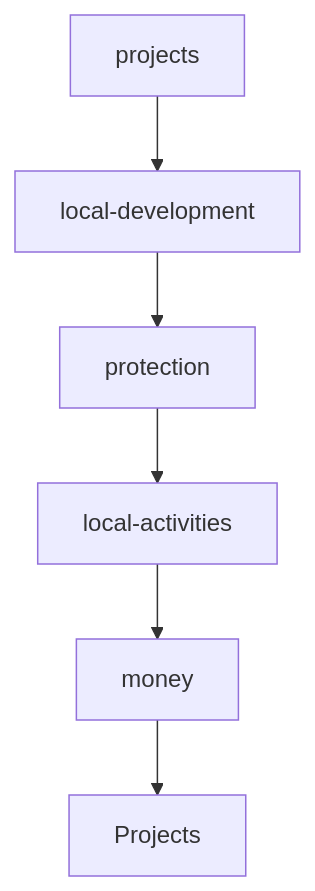
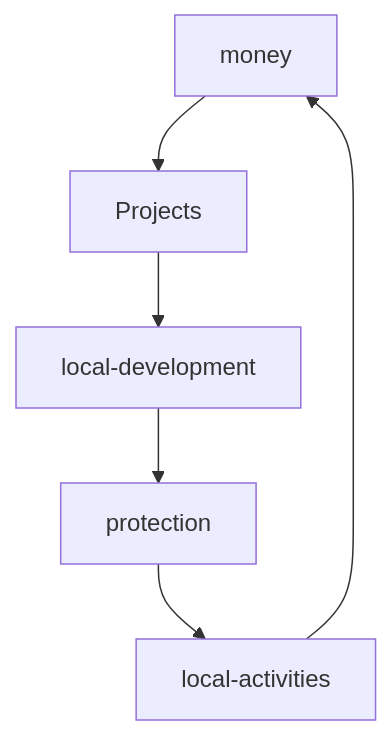
One commit to franckdun/franckdun changed the diagram in README.md. Above: the diagram before and after it, drawn with Mermaid.

````diff
--- a/README.md
+++ b/README.md
@@ -109,8 +109,8 @@
 ```mermaid
   graph TD;
        money-->Projects;
-       projects-->local-development;
+       Projects-->local-development;
        local-development-->protection;
        protection-->local-activities;
        local-activities-->money;
 ```
````
